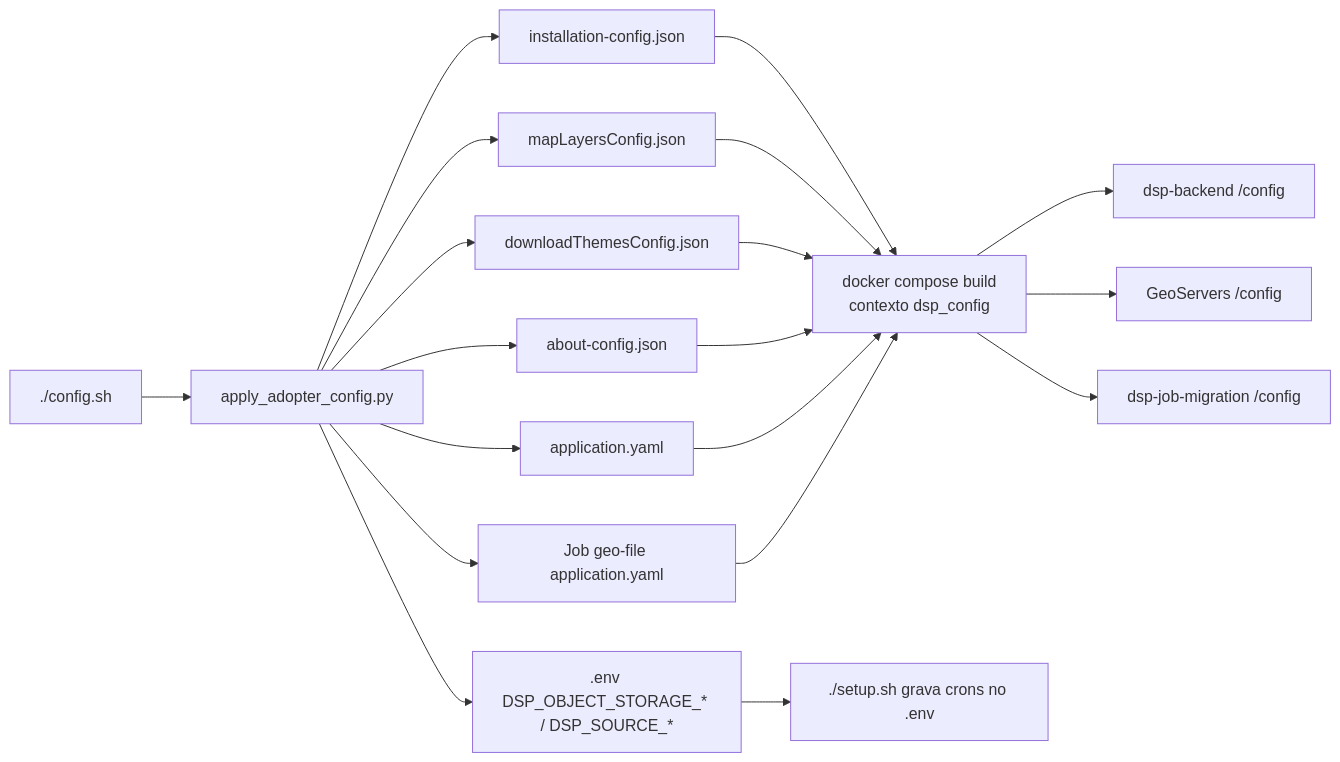
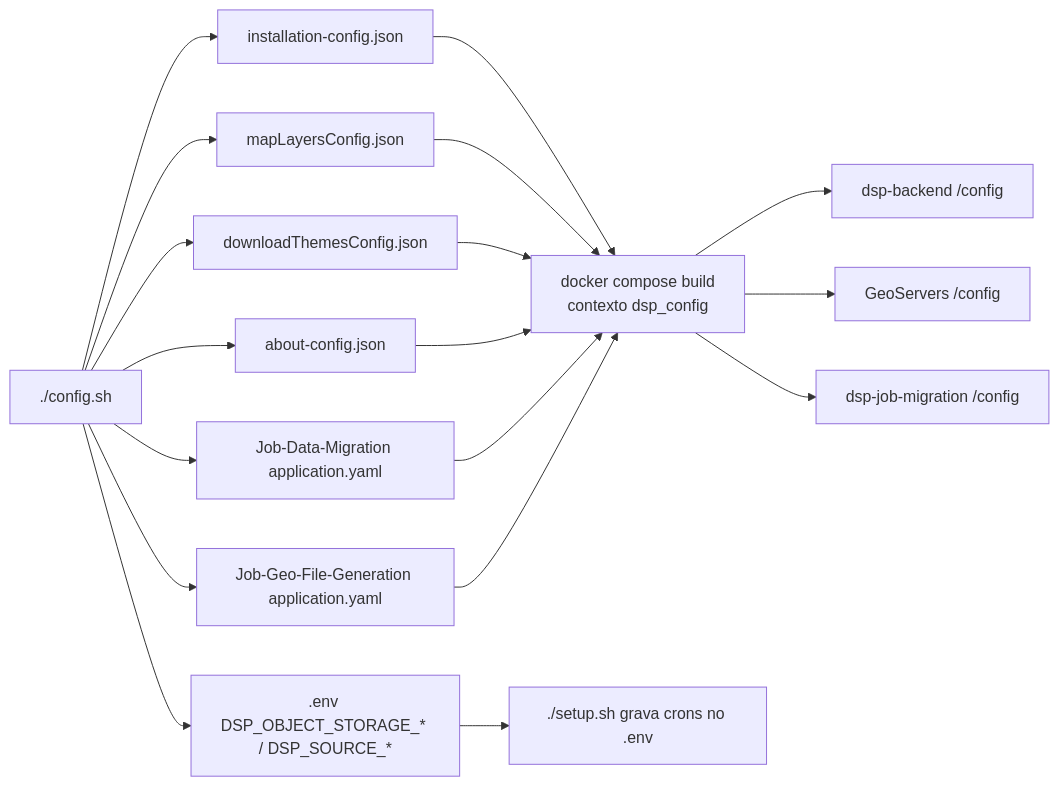
The third of 3 diagrams in docs/modules/core.md (kleber-albino/rer-dsp-docs), drawn with Mermaid before and after one commit. The commit also changed other lines of this file and 22 other files, not shown here.

````diff
--- a/docs/modules/core.md
+++ b/docs/modules/core.md
@@ -332,21 +336,21 @@
 ```mermaid
 flowchart LR
-  configSh["./config.sh"] --> apply["apply_adopter_config.py"]
-  apply --> installJson["installation-config.json"]
-  apply --> mapJson["mapLayersConfig.json"]
-  apply --> downloadJson["downloadThemesConfig.json"]
-  apply --> aboutJson["about-config.json"]
-  apply --> appYaml["application.yaml"]
-  apply --> geoYaml["Job geo-file application.yaml"]
-  apply --> dotenvStorage[".env DSP_OBJECT_STORAGE_* / DSP_SOURCE_*"]
+  configSh["./config.sh"]
+  configSh --> installJson["installation-config.json"]
+  configSh --> mapJson["mapLayersConfig.json"]
+  configSh --> downloadJson["downloadThemesConfig.json"]
+  configSh --> aboutJson["about-config.json"]
+  configSh --> appYaml["Job-Data-Migration application.yaml"]
+  configSh --> geoYaml["Job-Geo-File-Generation application.yaml"]
+  configSh --> dotenvStorage[".env DSP_OBJECT_STORAGE_* / DSP_SOURCE_*"]
   installJson --> build["docker compose build<br/>contexto dsp_config"]
   mapJson --> build
   downloadJson --> build
   aboutJson --> build
   appYaml --> build
   geoYaml --> build
   dotenvStorage --> setupSh["./setup.sh grava crons no .env"]
   build --> backendImg["dsp-backend /config"]
   build --> geoserverImg["GeoServers /config"]
   build --> jobImg["dsp-job-migration /config"]
 ```
````
